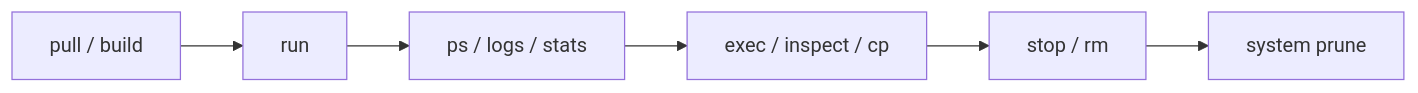
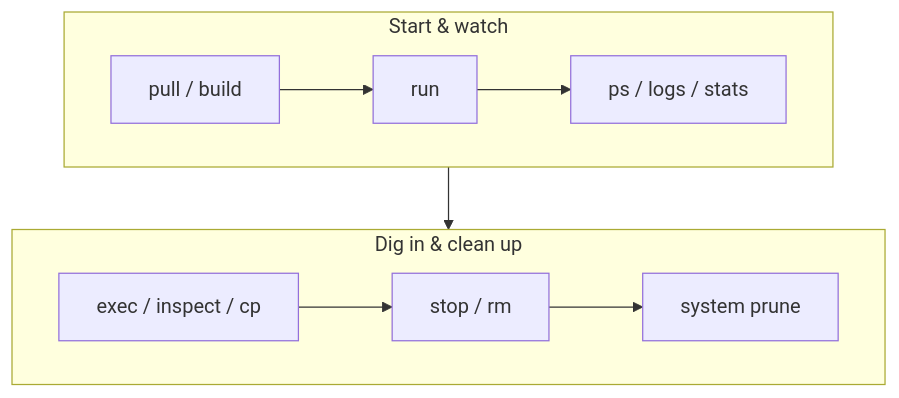
The diagram in docs/03-containers/11-commands.md (wesamkhateeb98-creator/docker-zero-to-production), drawn with Mermaid before and after one commit. The commit also changed 8 other files, not shown here.

First line of the commit message:
Narrow wide diagrams in docs so they stay readable on GitHub

````diff
--- a/docs/03-containers/11-commands.md
+++ b/docs/03-containers/11-commands.md
@@ -8,8 +8,12 @@
 ```mermaid
-flowchart LR
-    P["pull / build"] --> R["run"]
-    R --> O["ps / logs / stats"]
-    O --> X["exec / inspect / cp"]
-    X --> S["stop / rm"]
-    S --> C["system prune"]
+flowchart TB
+    subgraph S1["Start & watch"]
+        direction LR
+        P["pull / build"] --> R["run"] --> O["ps / logs / stats"]
+    end
+    subgraph S2["Dig in & clean up"]
+        direction LR
+        X["exec / inspect / cp"] --> S["stop / rm"] --> C["system prune"]
+    end
+    S1 --> S2
 ```
````
